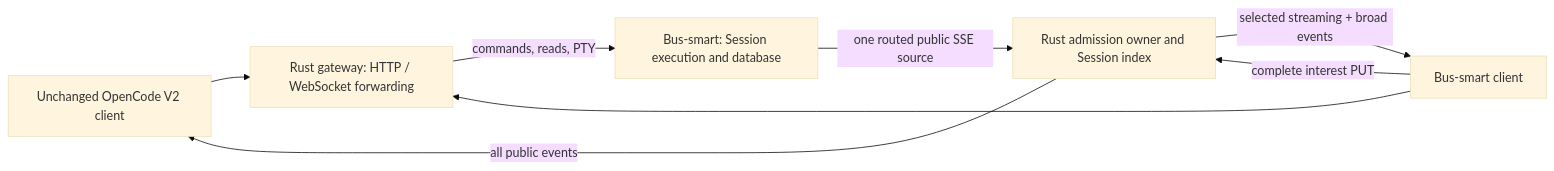
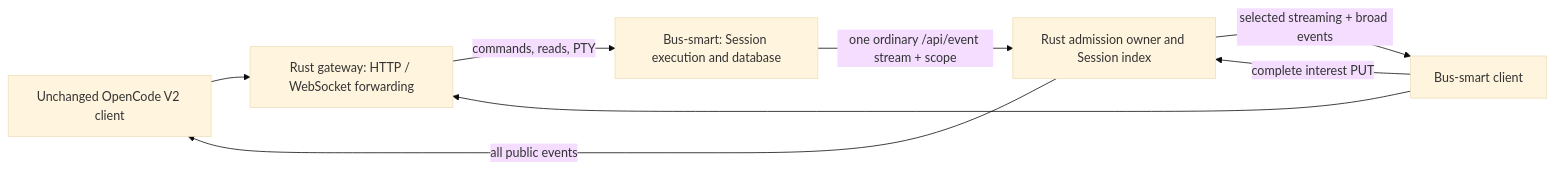
Before and after one commit to rektide/opencode-bus-proxy: the diagram in design/event-multiplexer/architecture.md, drawn with Mermaid (base theme). The commit also changed other lines of this file and 4 other files, not shown here.

Commit message:
docs: align gateway operation with ordinary scoped event streams

````diff
--- a/design/event-multiplexer/architecture.md
+++ b/design/event-multiplexer/architecture.md
@@ -11,10 +11,10 @@
 ```mermaid
 flowchart LR
     Legacy["Unchanged OpenCode V2 client"] --> Gateway["Rust gateway: HTTP / WebSocket forwarding"]
     Smart["Bus-smart client"] --> Gateway
     Gateway -->|"commands, reads, PTY"| Origin["Bus-smart: Session execution and database"]
-    Origin -->|"one routed public SSE source"| Router["Rust admission owner and Session index"]
+    Origin -->|"one ordinary /api/event stream + scope"| Router["Rust admission owner and Session index"]
     Router -->|"all public events"| Legacy
     Router -->|"selected streaming + broad events"| Smart
     Smart -->|"complete interest PUT"| Router
 ```
````
